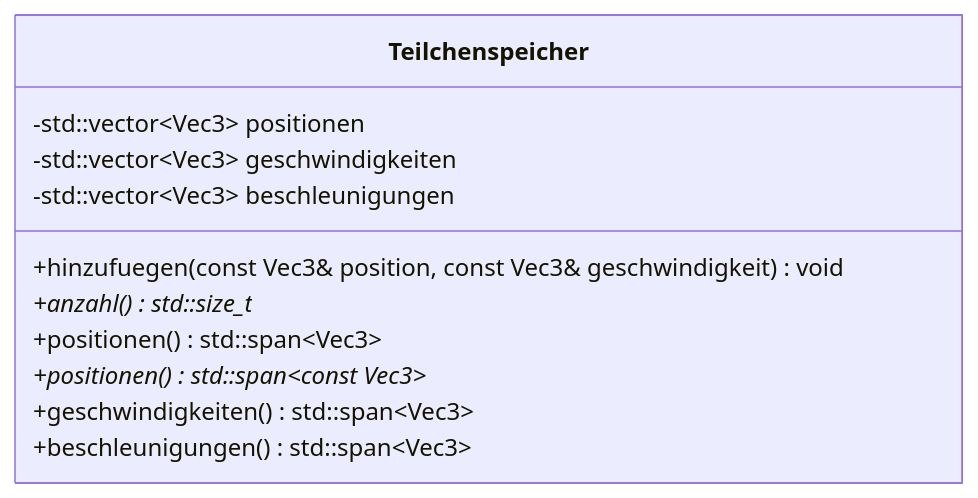
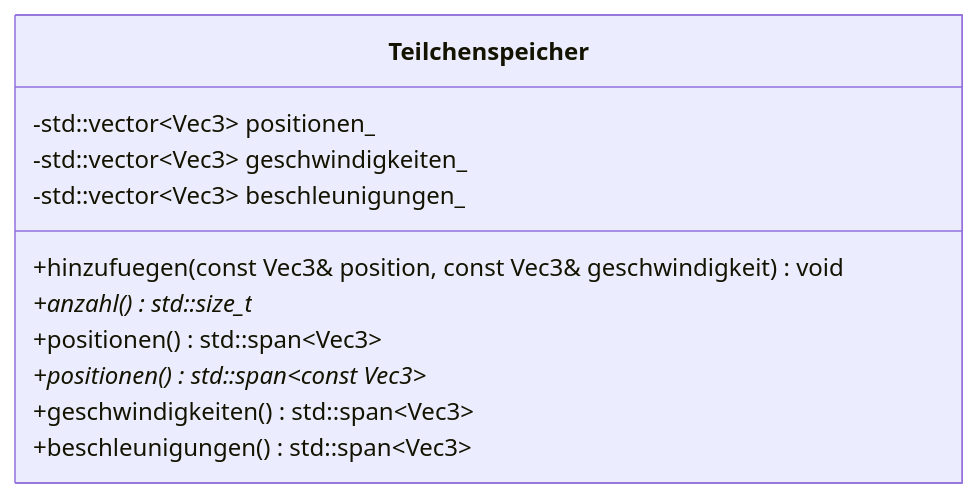
Before and after one commit to Sang-TN/galaxy-collision: the third of 3 diagrams in docs/uml.md, drawn with Mermaid. The commit also changed other lines of this file and 7 other files, not shown here.

````diff
--- a/docs/uml.md
+++ b/docs/uml.md
@@ -45,14 +45,14 @@
 ```mermaid
 classDiagram
     class Teilchenspeicher {
-        -std::vector~Vec3~ positionen
-        -std::vector~Vec3~ geschwindigkeiten
-        -std::vector~Vec3~ beschleunigungen
+        -std::vector~Vec3~ positionen_
+        -std::vector~Vec3~ geschwindigkeiten_
+        -std::vector~Vec3~ beschleunigungen_
         +hinzufuegen(const Vec3& position, const Vec3& geschwindigkeit) void
         +anzahl() std::size_t*
         +positionen() std::span~Vec3~
         +positionen() std::span~const Vec3~*
         +geschwindigkeiten() std::span~Vec3~
         +beschleunigungen() std::span~Vec3~
     }
 ```
````
